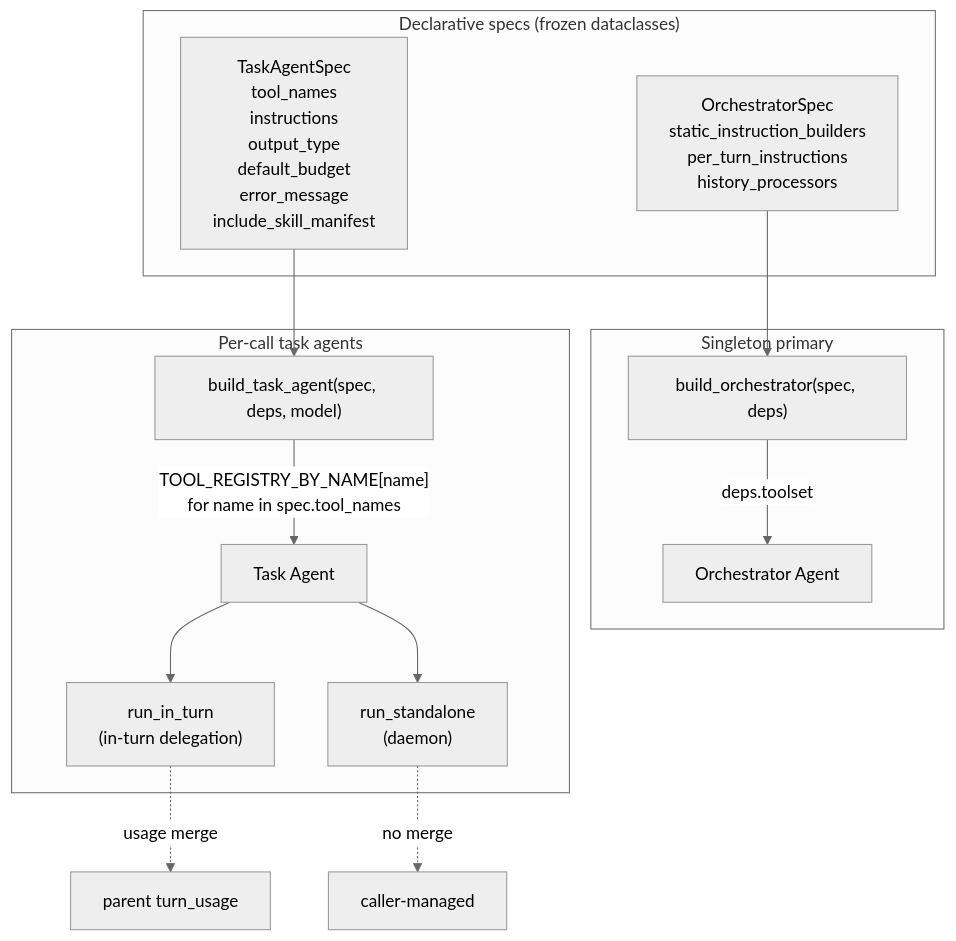
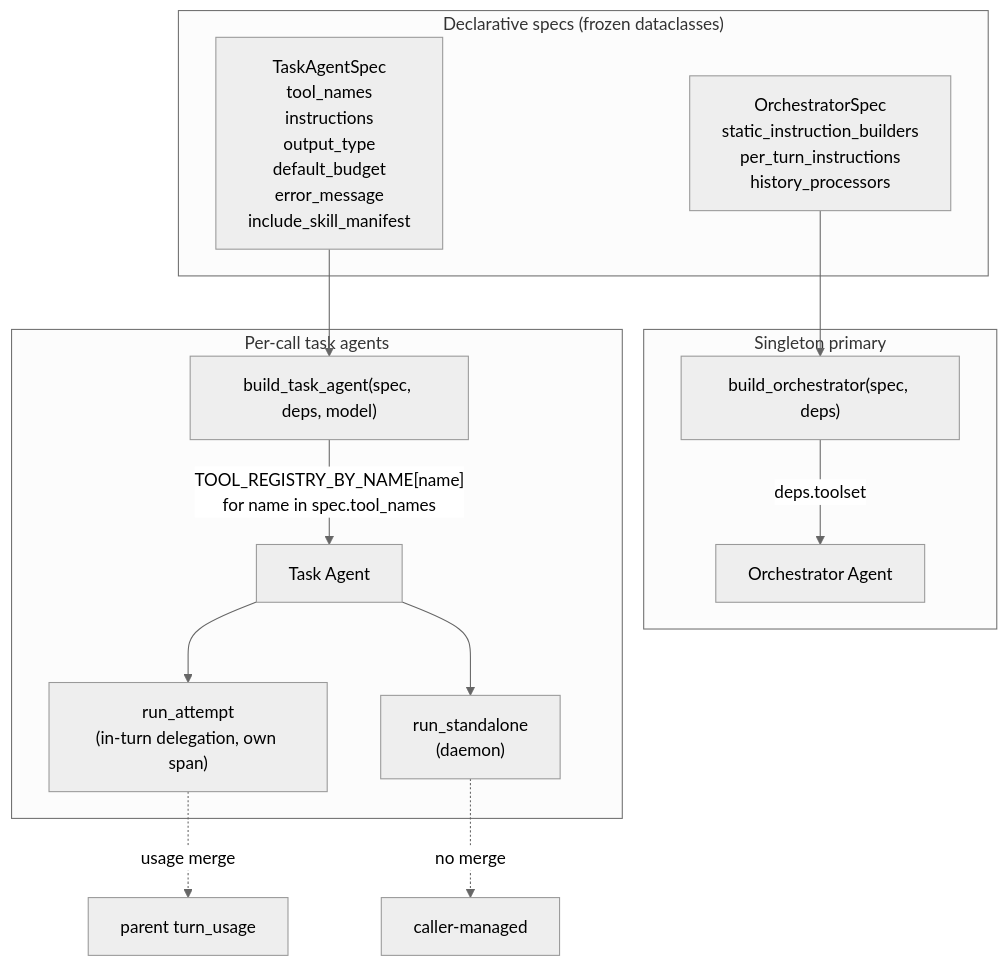
The diagram in docs/specs/agents.md (binlecode/co-cli), drawn with Mermaid (neutral theme) before and after one commit. The commit also changed other lines of this file and 9 other files, not shown here.

First line of the commit message:
refactor: remove knowledge_analyze tool and orphaned run_in_turn runner

````diff
--- a/docs/specs/agents.md
+++ b/docs/specs/agents.md
@@ -7,19 +7,19 @@
 ```mermaid
 graph TD
     subgraph Records["Declarative specs (frozen dataclasses)"]
         OS["OrchestratorSpec\nstatic_instruction_builders\nper_turn_instructions\nhistory_processors"]
         TS["TaskAgentSpec\ntool_names\ninstructions\noutput_type\ndefault_budget\nerror_message\ninclude_skill_manifest"]
     end
     subgraph Orchestrator["Singleton primary"]
         OS --> BO["build_orchestrator(spec, deps)"]
         BO -->|"deps.toolset"| OA["Orchestrator Agent"]
     end
     subgraph TaskPath["Per-call task agents"]
         TS --> BT["build_task_agent(spec, deps, model)"]
         BT -->|"TOOL_REGISTRY_BY_NAME[name]\nfor name in spec.tool_names"| TA["Task Agent"]
-        TA --> RIT["run_in_turn\n(in-turn delegation)"]
+        TA --> RIT["run_attempt\n(in-turn delegation, own span)"]
         TA --> RST["run_standalone\n(daemon)"]
     end
     RIT -.usage merge.-> Parent["parent turn_usage"]
     RST -.no merge.-> Solo["caller-managed"]
 ```
````
